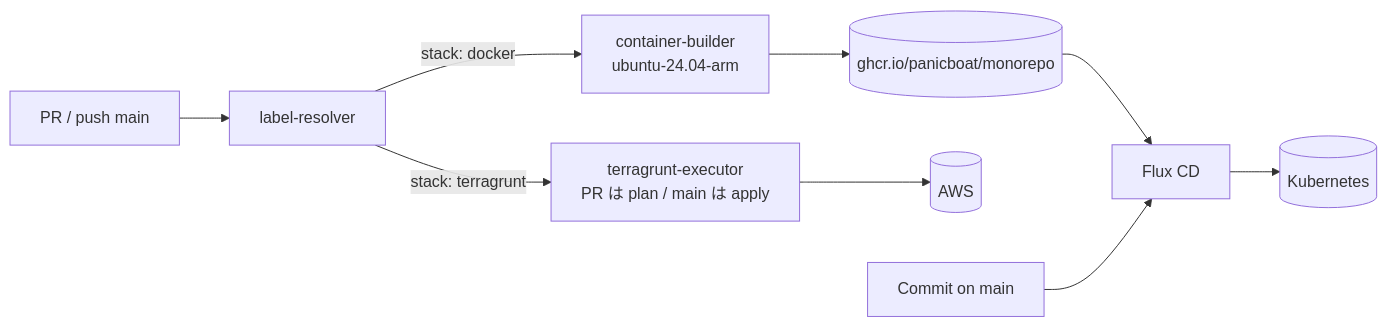
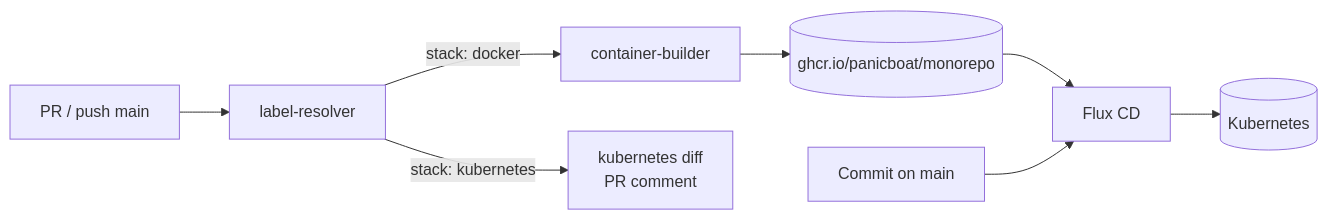
One commit to panicboat/monorepo changed the second of 2 diagrams in README-ja.md. Above: the diagram before and after it, drawn with Mermaid. The commit also changed other lines of this file and 86 other files, not shown here.

````diff
--- a/README-ja.md
+++ b/README-ja.md
@@ -104,11 +48,10 @@
 ```mermaid
 flowchart LR
-  Trigger[PR / push main] --> Resolver[label-resolver]
-  Resolver -->|stack: docker| Builder[container-builder<br/>ubuntu-24.04-arm]
-  Resolver -->|stack: terragrunt| Terragrunt[terragrunt-executor<br/>PR は plan / main は apply]
+  PR[PR / push main] --> Resolver[label-resolver]
+  Resolver -->|stack: docker| Builder[container-builder]
+  Resolver -->|stack: kubernetes| Diff[kubernetes diff<br/>PR comment]
   Builder --> GHCR[(ghcr.io/panicboat/monorepo)]
-  Terragrunt --> AWS[(AWS)]
   GHCR --> Flux[Flux CD]
   Main[Commit on main] --> Flux
   Flux --> K8s[(Kubernetes)]
 ```
````
